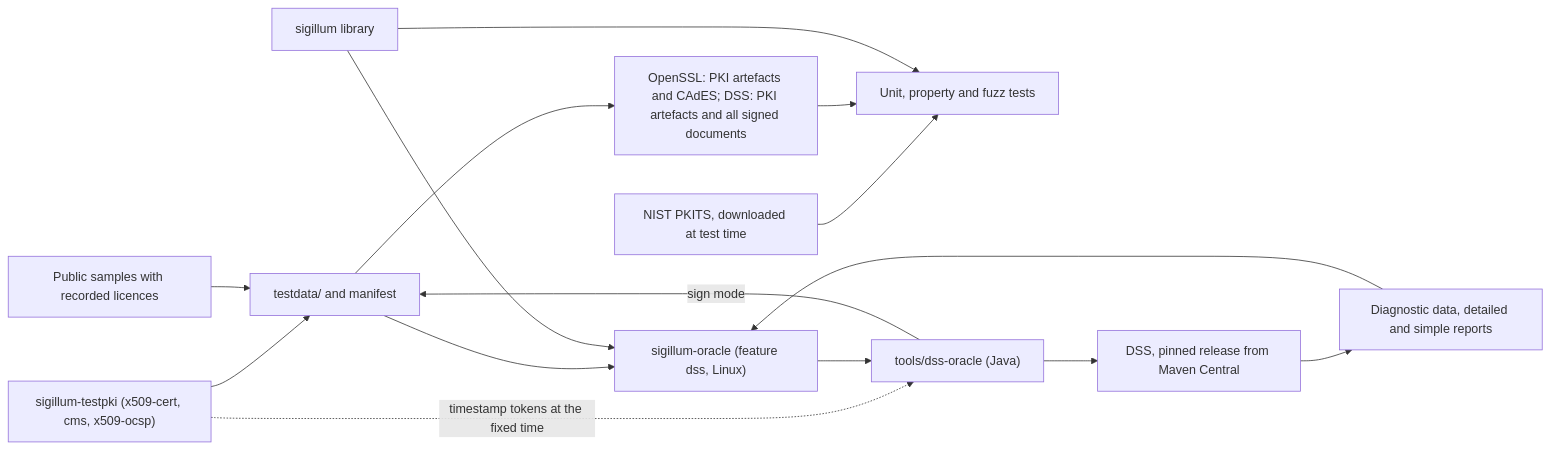
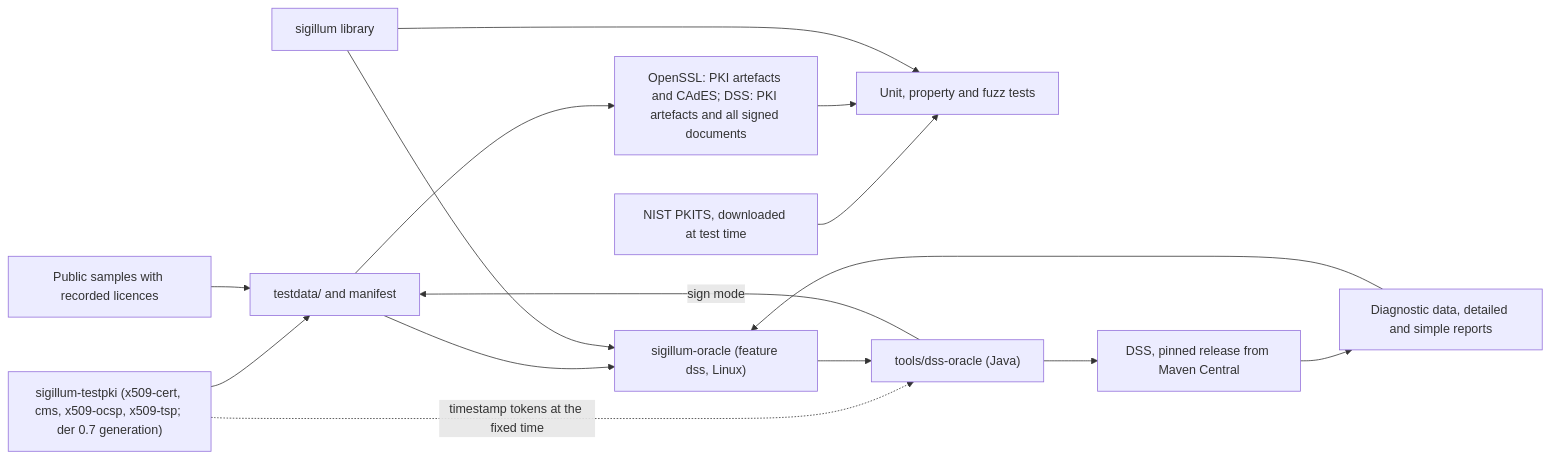
Before and after one commit to cyberverso-net/sigillum: the second of 2 diagrams in docs/design/architecture.md, drawn with Mermaid. The commit also changed other lines of this file and 18 other files, not shown here.

````diff
--- a/docs/design/architecture.md
+++ b/docs/design/architecture.md
@@ -75,17 +75,17 @@
 ```mermaid
 flowchart LR
-    TPKI["sigillum-testpki (x509-cert, cms, x509-ocsp)"] --> DATA["testdata/ and manifest"]
+    TPKI["sigillum-testpki (x509-cert, cms, x509-ocsp, x509-tsp; der 0.7 generation)"] --> DATA["testdata/ and manifest"]
     PKITS["NIST PKITS, downloaded at test time"] --> TESTS
     SAMPLES["Public samples with recorded licences"] --> DATA
     CLI -- "sign mode" --> DATA
     TPKI -. "timestamp tokens at the fixed time" .-> CLI
     DATA --> CHECK["OpenSSL: PKI artefacts and CAdES; DSS: PKI artefacts and all signed documents"]
     CHECK --> TESTS["Unit, property and fuzz tests"]
     DATA --> ORACLE["sigillum-oracle (feature dss, Linux)"]
     LIB["sigillum library"] --> TESTS
     LIB --> ORACLE
     ORACLE --> CLI["tools/dss-oracle (Java)"]
     CLI --> DSS["DSS, pinned release from Maven Central"]
     DSS --> REPORTS["Diagnostic data, detailed and simple reports"]
     REPORTS --> ORACLE
 ```
````
